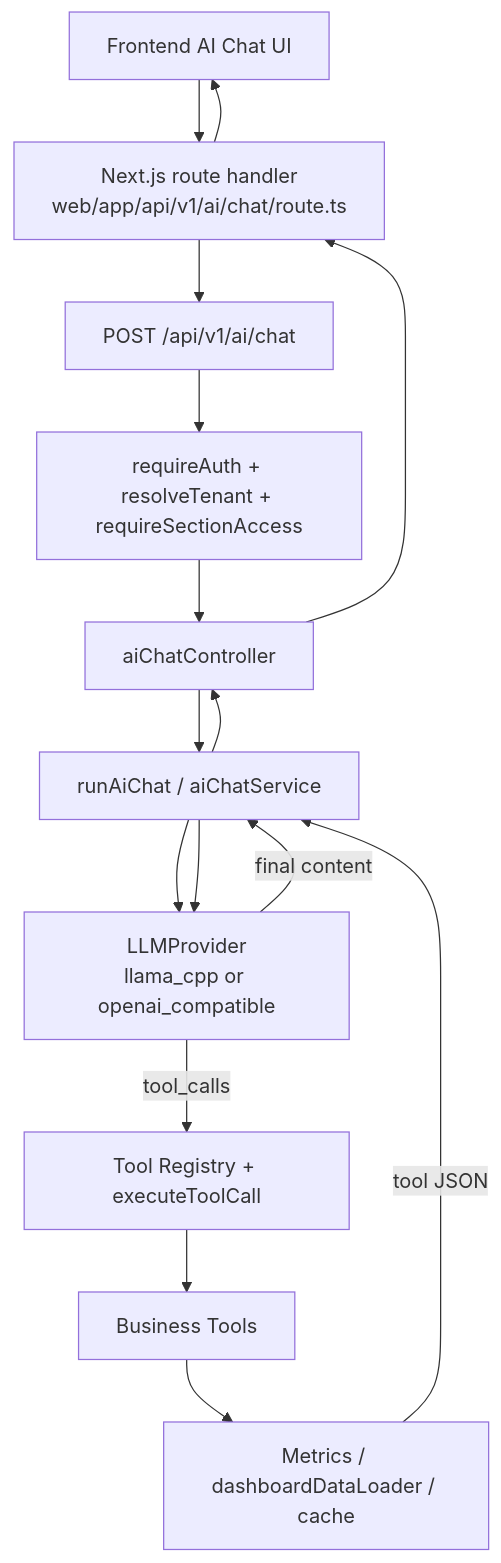
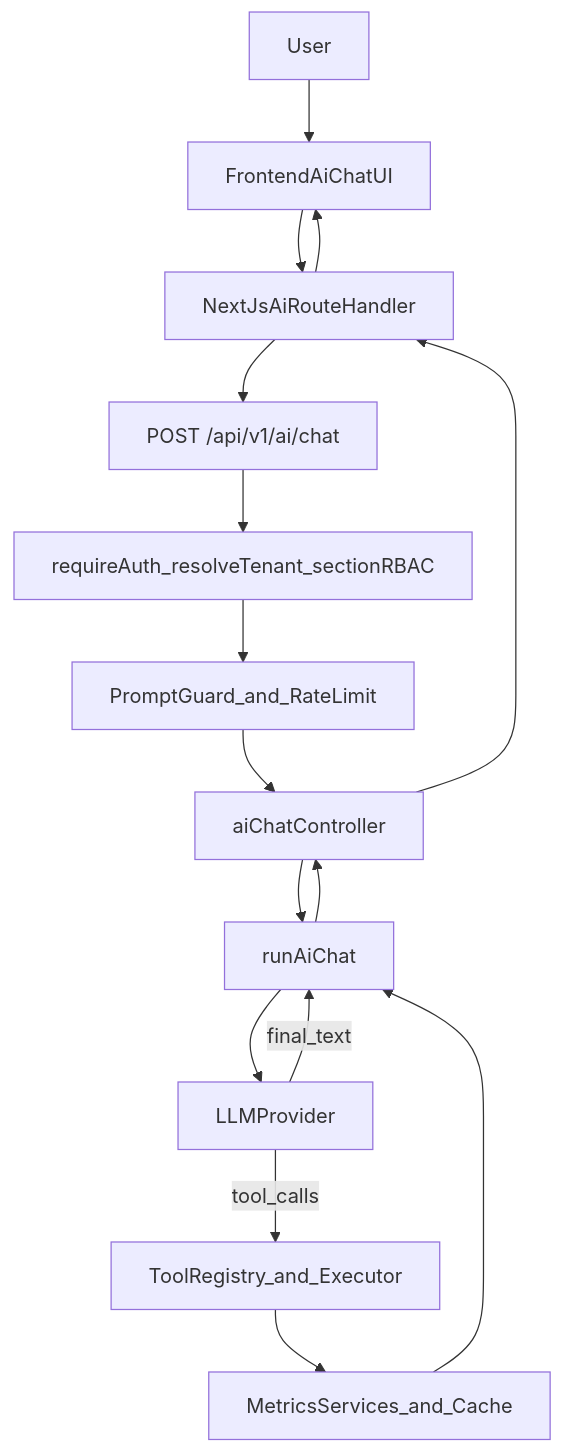
The diagram in docs/AI-LLM-ENGINEERING.md (himel2535/toys_factory_erp_backend), drawn with Mermaid before and after one commit. The commit also changed other lines of this file and 1 other file, not shown here.

Commit message:
docs: document ERP and LLM engineering architecture

````diff
--- a/docs/AI-LLM-ENGINEERING.md
+++ b/docs/AI-LLM-ENGINEERING.md
@@ -285,17 +42,15 @@
 ```mermaid
 flowchart TD
-  FE[Frontend AI Chat UI]
-  NX[Next.js route handler\nweb/app/api/v1/ai/chat/route.ts]
-  API[POST /api/v1/ai/chat]
-  AUTH[requireAuth + resolveTenant + requireSectionAccess]
-  CTRL[aiChatController]
-  SVC[runAiChat / aiChatService]
-  LLM[LLMProvider\nllama_cpp or openai_compatible]
-  TOOLS[Tool Registry + executeToolCall]
-  BIZ[Business Tools]
-  MET[Metrics / dashboardDataLoader / cache]
-  FE --> NX --> API --> AUTH --> CTRL --> SVC --> LLM
-  LLM -->|tool_calls| TOOLS --> BIZ --> MET
-  MET -->|tool JSON| SVC --> LLM
-  LLM -->|final content| SVC --> CTRL --> NX --> FE
+  User[User] --> FE[FrontendAiChatUI]
+  FE --> NX[NextJsAiRouteHandler]
+  NX --> API["POST /api/v1/ai/chat"]
+  API --> Auth[requireAuth_resolveTenant_sectionRBAC]
+  Auth --> Guard[PromptGuard_and_RateLimit]
+  Guard --> Ctrl[aiChatController]
+  Ctrl --> Svc[runAiChat]
+  Svc --> LLM[LLMProvider]
+  LLM -->|tool_calls| Tools[ToolRegistry_and_Executor]
+  Tools --> Metrics[MetricsServices_and_Cache]
+  Metrics --> Svc
+  LLM -->|final_text| Svc --> Ctrl --> NX --> FE
 ```
````
